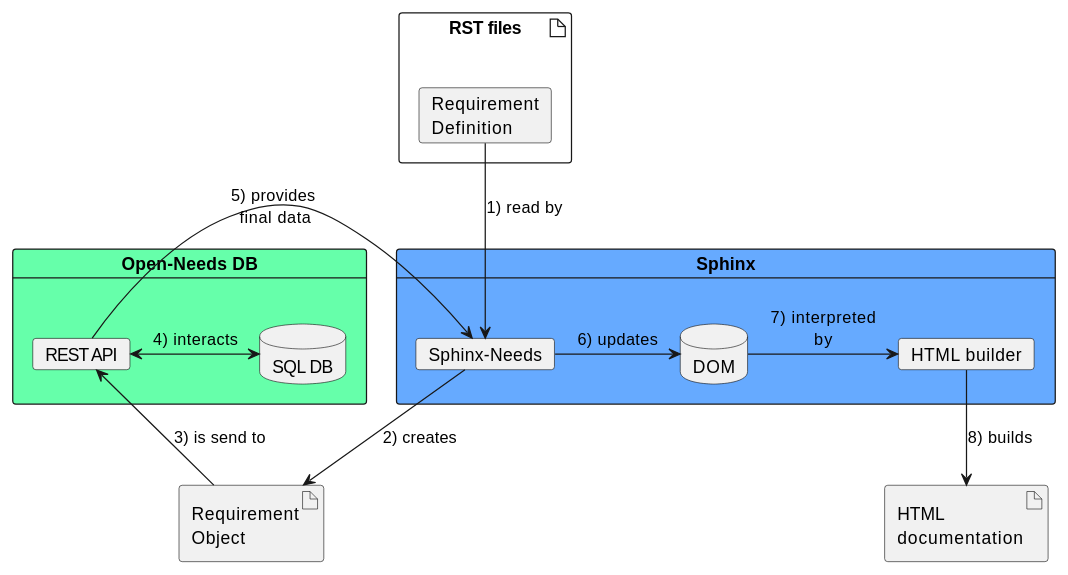
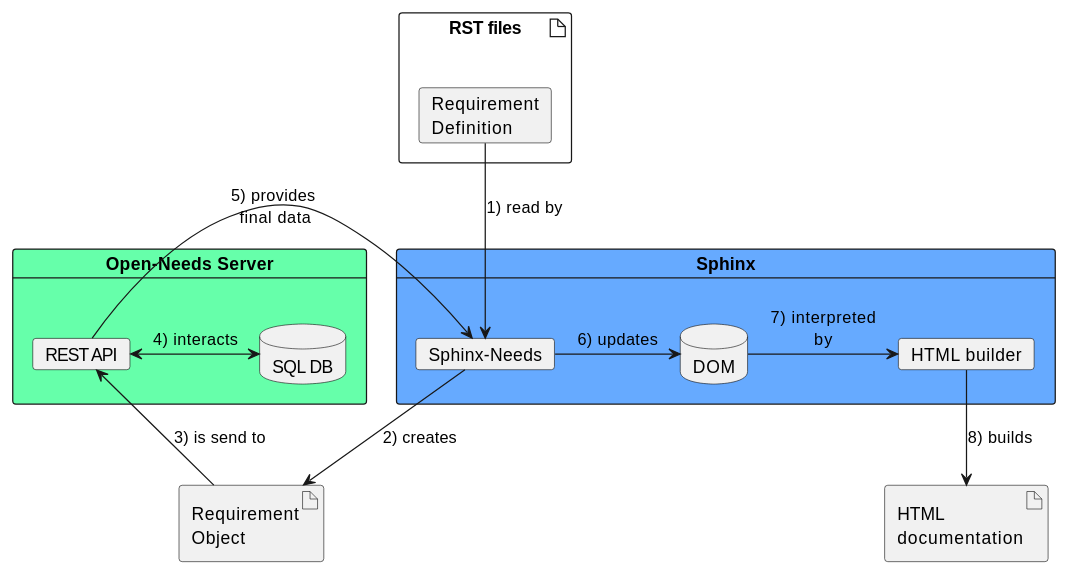
Before and after one commit to open-needs/open-needs.github.io: the fourth of 5 diagrams in docs/index.rst, drawn with PlantUML. The commit also changed other lines of this file and 18 other files, not shown here.

Commit message:
DB->Server, Models, Schemas

```diff
--- a/docs/index.rst
+++ b/docs/index.rst
@@ -272,32 +272,32 @@
 .. uml::
    :scale: 99%
 
     @startuml
-    card "Open-Needs DB" as db #6fa{
+    card "Open-Needs Server" as db #6fa{
 
         card "REST API" as rest
         database "SQL DB" as sql
     }
     card Sphinx as s #6af {
         card "Sphinx-Needs" as sn
         database "DOM" as dom
         card "HTML builder" as builder
     }
 
     artifact "Requirement\nObject" as req_obj
 
     artifact "RST files" as rst {
         card "Requirement\nDefinition" as req_def
     }
 
     artifact "HTML\ndocumentation" as html
 
     req_def --> sn : 1) read by
     sn --> req_obj : 2) creates
     req_obj --> rest  : 3) is send to
     rest <-> sql : 4) interacts
     rest -> sn:  5) provides\n final data
     sn -> dom: 6) updates
     dom -> builder: 7) interpreted\nby
     builder --> html: 8) builds
     @enduml
```
